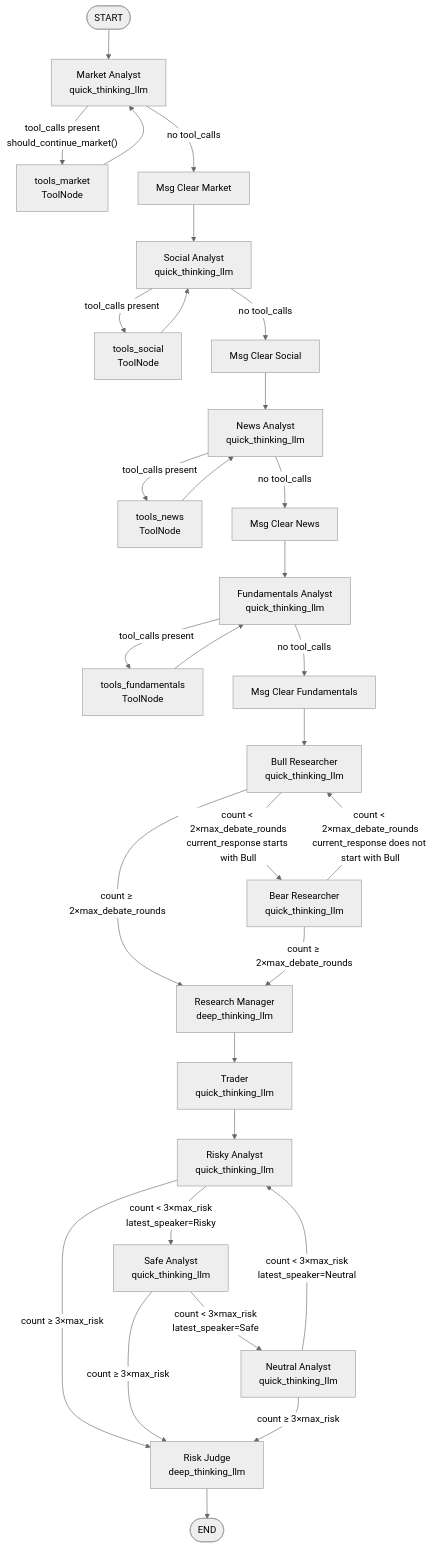
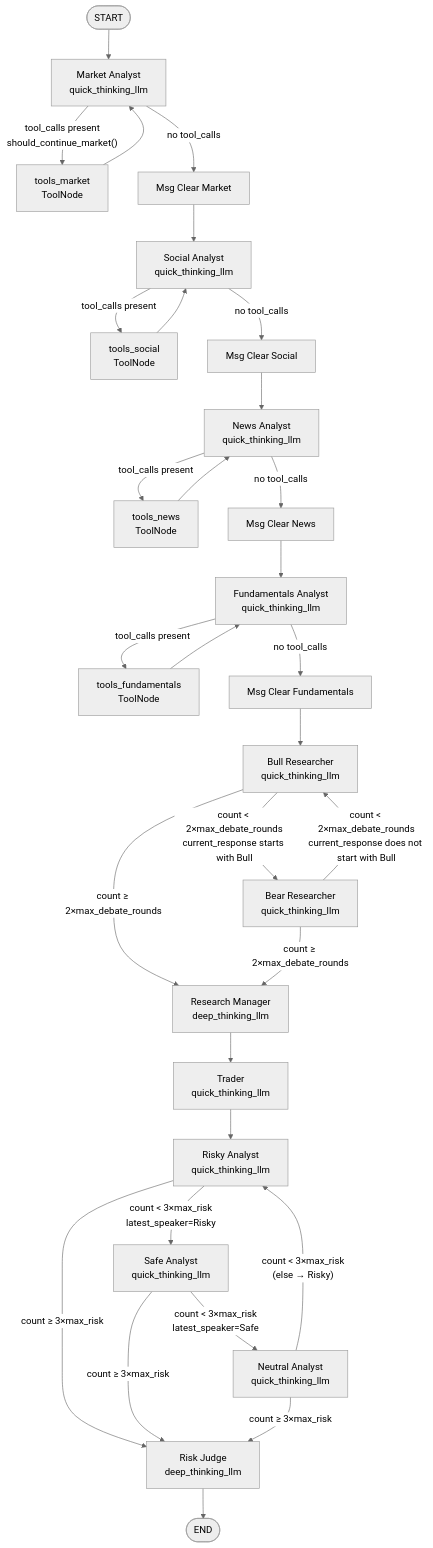
The diagram in docs/architecture.md (ydtan123/TradingAgents), drawn with Mermaid (neutral theme) before and after one commit. The commit also changed other lines of this file, not shown here.

Commit message:
docs: fix architecture.md section 2 diagram clarity and state table completeness

````diff
--- a/docs/architecture.md
+++ b/docs/architecture.md
@@ -99,33 +99,33 @@
 ```mermaid
 graph TD
     START([START]) --> MA["Market Analyst\nquick_thinking_llm"]
     MA -->|"tool_calls present\nshould_continue_market()"| TM["tools_market\nToolNode"]
     TM --> MA
     MA -->|no tool_calls| CMM["Msg Clear Market"]
     CMM --> SMA["Social Analyst\nquick_thinking_llm"]
     SMA -->|tool_calls present| TS["tools_social\nToolNode"]
     TS --> SMA
     SMA -->|no tool_calls| CMS["Msg Clear Social"]
     CMS --> NA["News Analyst\nquick_thinking_llm"]
     NA -->|tool_calls present| TN["tools_news\nToolNode"]
     TN --> NA
     NA -->|no tool_calls| CMN["Msg Clear News"]
     CMN --> FA["Fundamentals Analyst\nquick_thinking_llm"]
     FA -->|tool_calls present| TF["tools_fundamentals\nToolNode"]
     TF --> FA
     FA -->|no tool_calls| CMF["Msg Clear Fundamentals"]
     CMF --> BULL["Bull Researcher\nquick_thinking_llm"]
     BULL -->|"count < 2×max_debate_rounds\ncurrent_response starts with Bull"| BEAR["Bear Researcher\nquick_thinking_llm"]
     BEAR -->|"count < 2×max_debate_rounds\ncurrent_response does not start with Bull"| BULL
     BULL -->|"count ≥ 2×max_debate_rounds"| RM["Research Manager\ndeep_thinking_llm"]
     BEAR -->|"count ≥ 2×max_debate_rounds"| RM
     RM --> TRADER["Trader\nquick_thinking_llm"]
     TRADER --> RISKY["Risky Analyst\nquick_thinking_llm"]
     RISKY -->|"count < 3×max_risk\nlatest_speaker=Risky"| SAFE["Safe Analyst\nquick_thinking_llm"]
     SAFE -->|"count < 3×max_risk\nlatest_speaker=Safe"| NEU["Neutral Analyst\nquick_thinking_llm"]
-    NEU -->|"count < 3×max_risk\nlatest_speaker=Neutral"| RISKY
+    NEU -->|"count < 3×max_risk\n(else → Risky)"| RISKY
     RISKY -->|"count ≥ 3×max_risk"| RJ["Risk Judge\ndeep_thinking_llm"]
     SAFE -->|"count ≥ 3×max_risk"| RJ
     NEU -->|"count ≥ 3×max_risk"| RJ
     RJ --> END([END])
 ```
````
